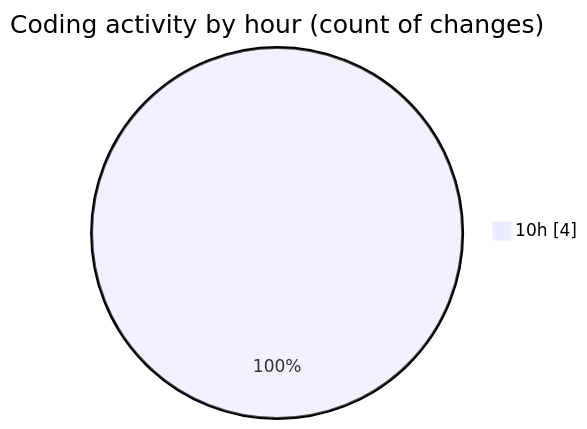
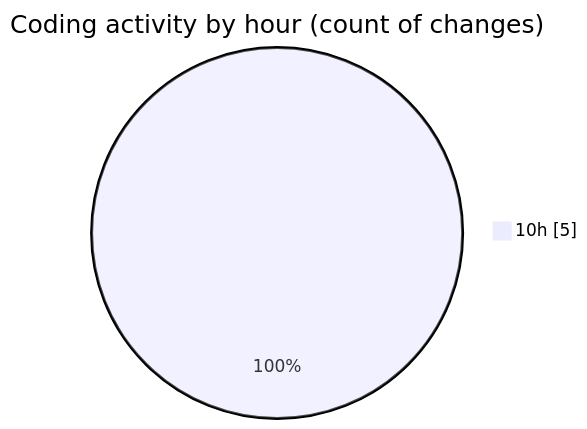
One commit to NitaiMahat/code-tracking changed the second of 2 diagrams in 2025-01-29/java/README.md. Above: the diagram before and after it, drawn with Mermaid. The commit also changed other lines of this file and 1 other file, not shown here.

````diff
--- a/2025-01-29/java/README.md
+++ b/2025-01-29/java/README.md
@@ -30,5 +31,5 @@
 ```mermaid
 pie showData
 title Coding activity by hour (count of changes)
-"10h" : 4
+"10h" : 5
 ```
````
